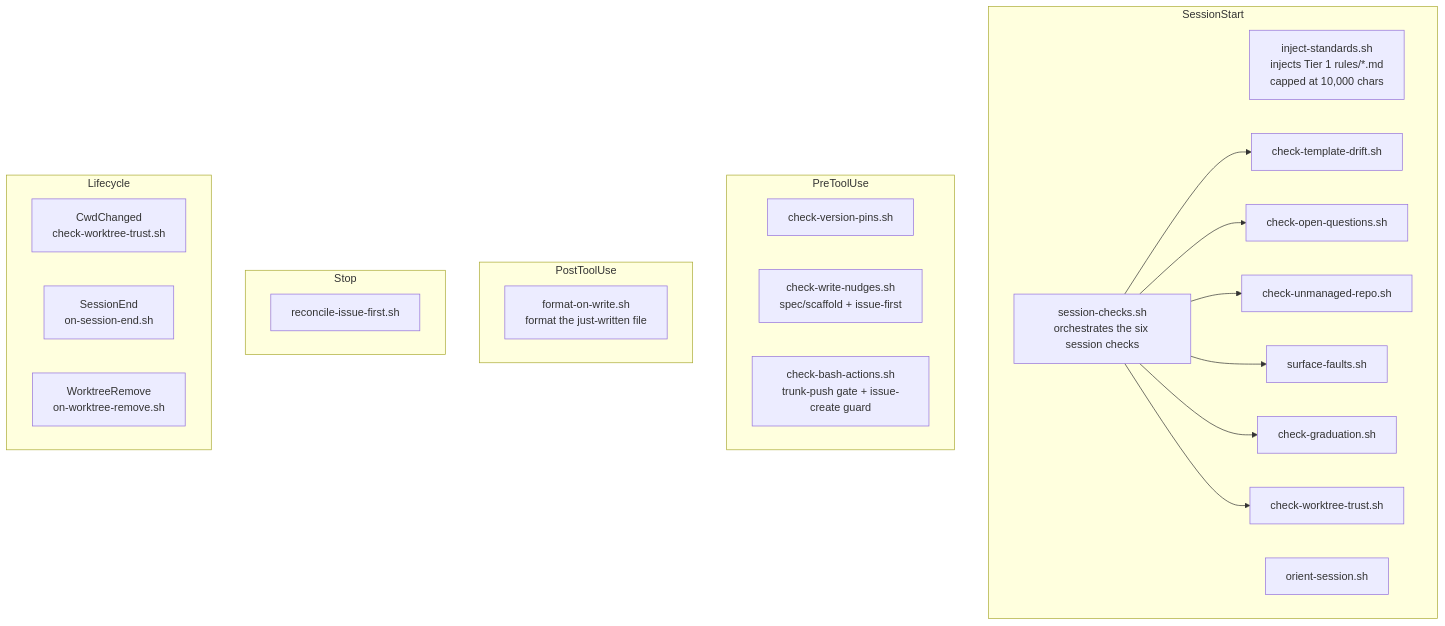
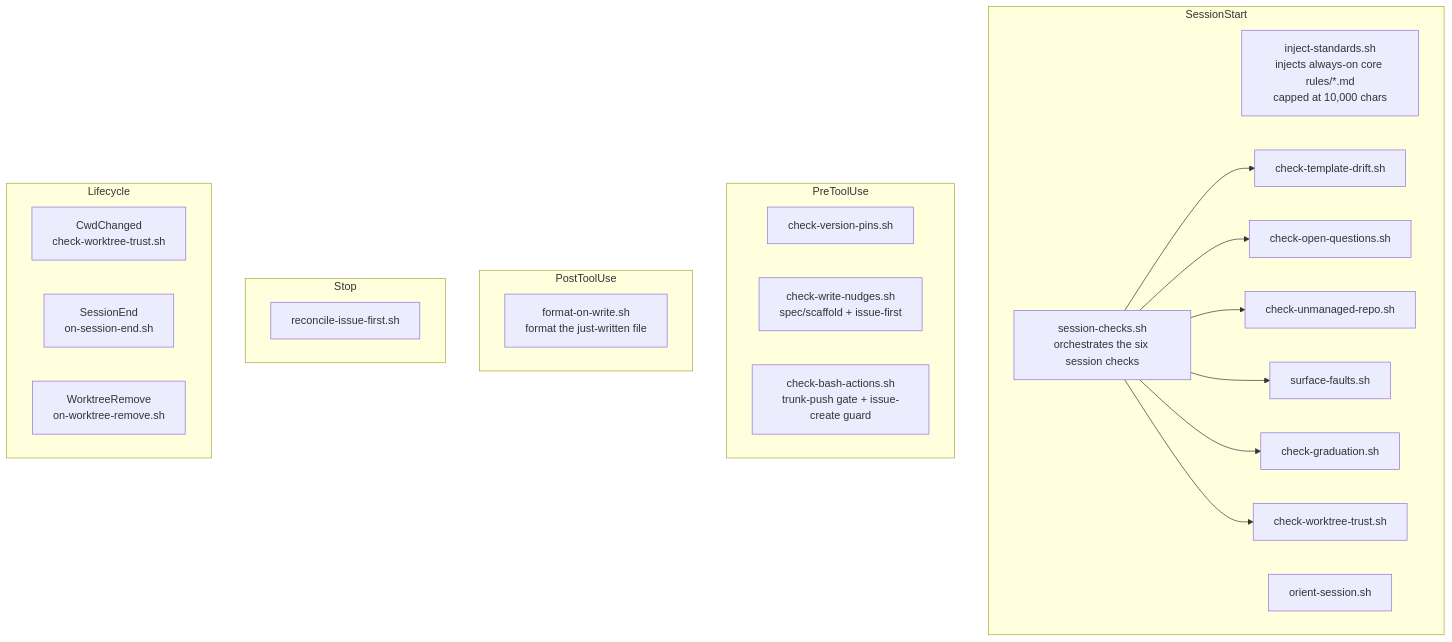
The diagram in docs/reference/hooks.md (element22llc/e22-plugins), drawn with Mermaid before and after one commit. The commit also changed other lines of this file and 11 other files, not shown here.

````diff
--- a/docs/reference/hooks.md
+++ b/docs/reference/hooks.md
@@ -53,30 +53,30 @@
 ```mermaid
 flowchart TD
     subgraph SessionStart
-      inject[inject-standards.sh<br/>injects Tier 1 rules/*.md<br/>capped at 10,000 chars]
+      inject[inject-standards.sh<br/>injects always-on core rules/*.md<br/>capped at 10,000 chars]
       checks[session-checks.sh<br/>orchestrates the six session checks]
       orient[orient-session.sh]
       checks --> drift[check-template-drift.sh]
       checks --> oq[check-open-questions.sh]
       checks --> unmanaged[check-unmanaged-repo.sh]
       checks --> faults[surface-faults.sh]
       checks --> grad[check-graduation.sh]
       checks --> wt[check-worktree-trust.sh]
     end
     subgraph PreToolUse
       pins[check-version-pins.sh]
       wn[check-write-nudges.sh<br/>spec/scaffold + issue-first]
       ba[check-bash-actions.sh<br/>trunk-push gate + issue-create guard]
     end
     subgraph PostToolUse
       fmt[format-on-write.sh<br/>format the just-written file]
     end
     subgraph Stop
       reconcile[reconcile-issue-first.sh]
     end
     subgraph Lifecycle
       cwd[CwdChanged<br/>check-worktree-trust.sh]
       send[SessionEnd<br/>on-session-end.sh]
       wtr[WorktreeRemove<br/>on-worktree-remove.sh]
     end
 ```
````
